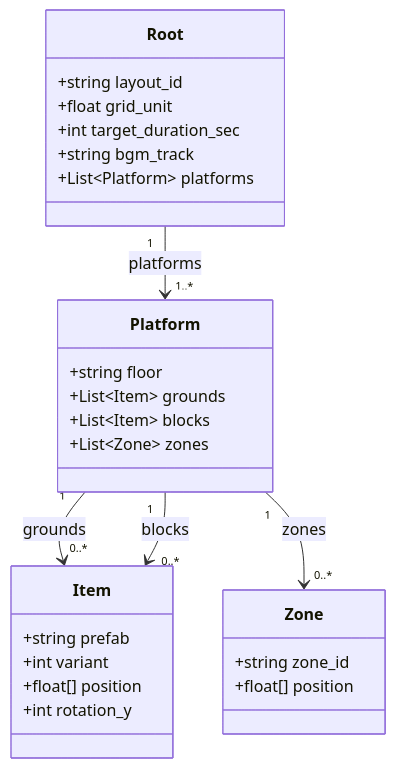
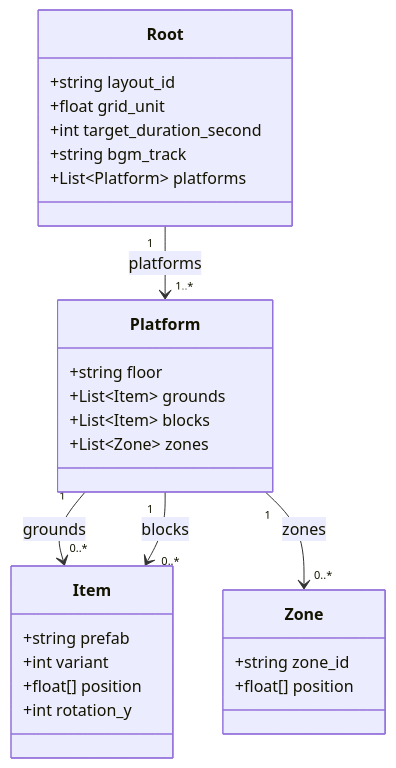
Diagram 22 of 39 in docs/briko_spec.md (hiroxpepe/briko), drawn with Mermaid before and after one commit. The commit also changed other lines of this file and 7 other files, not shown here.

````diff
--- a/docs/briko_spec.md
+++ b/docs/briko_spec.md
@@ -812,34 +812,34 @@
 ```mermaid
 classDiagram
     class Root {
         +string layout_id
         +float grid_unit
-        +int target_duration_sec
+        +int target_duration_second
         +string bgm_track
         +List~Platform~ platforms
     }
 
     class Platform {
         +string floor
         +List~Item~ grounds
         +List~Item~ blocks
         +List~Zone~ zones
     }
 
     class Item {
         +string prefab
         +int variant
         +float[] position
         +int rotation_y
     }
 
     class Zone {
         +string zone_id
         +float[] position
     }
 
     Root "1" --> "1..*" Platform : platforms
     Platform "1" --> "0..*" Item : grounds
     Platform "1" --> "0..*" Item : blocks
     Platform "1" --> "0..*" Zone : zones
 ```
````
